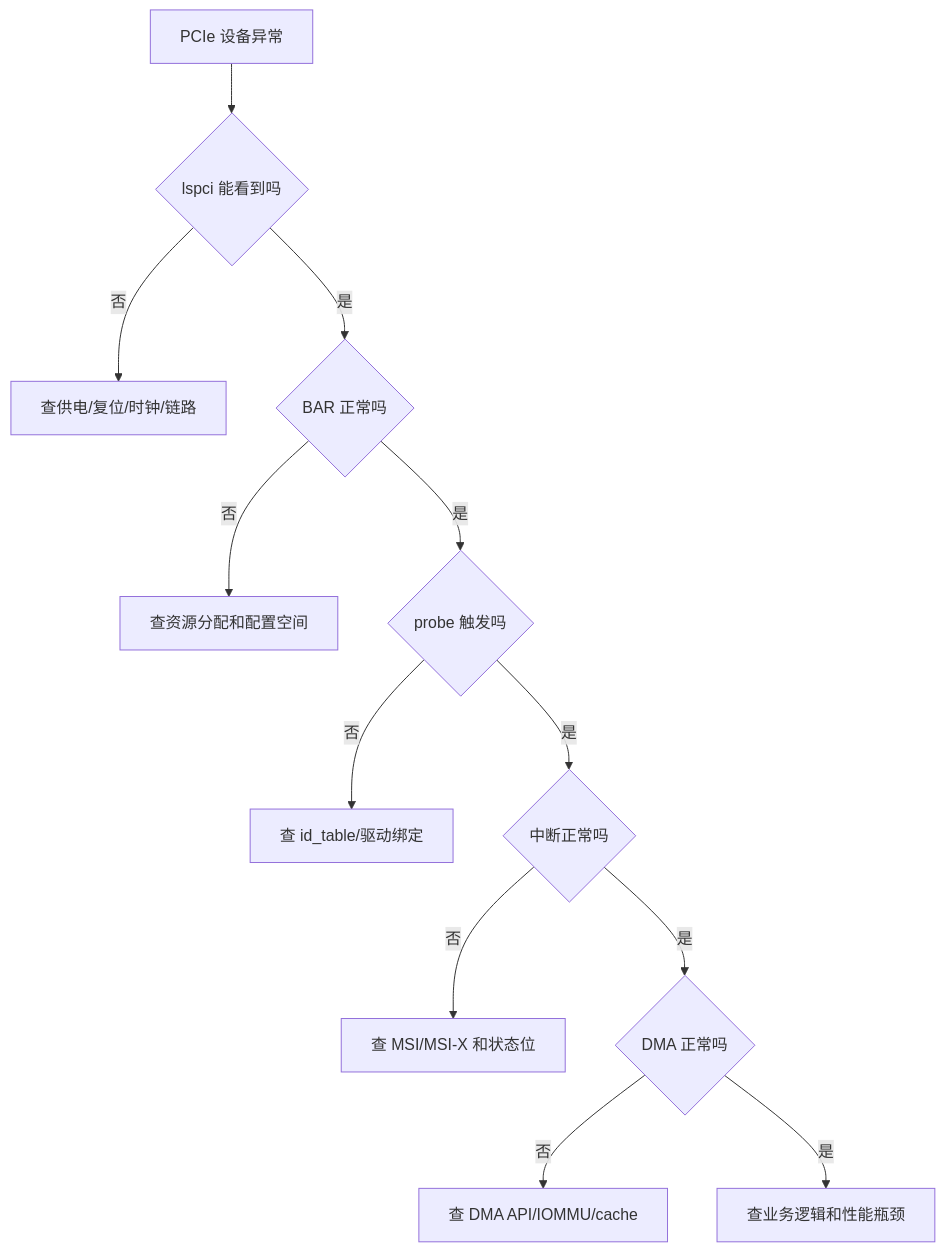
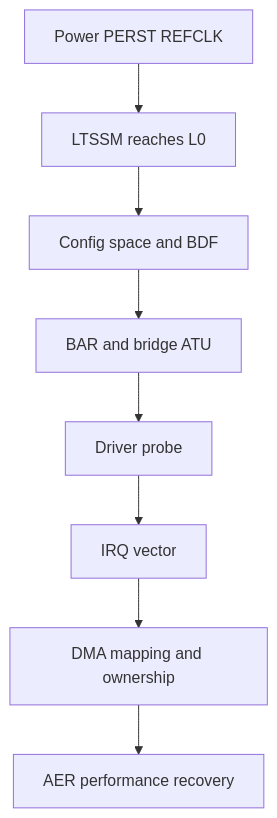
One commit to cdragon-ljl/EEandEdgeAI changed the diagram in docs/articles/pcie/pci-10-pcie-troubleshooting.md. Above: the diagram before and after it, drawn with Mermaid. The commit also changed other lines of this file and 3 other files, not shown here.

Commit message:
docs(pcie): rewrite performance debug and endpoint guides

````diff
--- a/docs/articles/pcie/pci-10-pcie-troubleshooting.md
+++ b/docs/articles/pcie/pci-10-pcie-troubleshooting.md
@@ -168,14 +90,10 @@
 ```mermaid
 flowchart TD
-    A[PCIe 设备异常] --> B{lspci 能看到吗}
-    B -- 否 --> C[查供电/复位/时钟/链路]
-    B -- 是 --> D{BAR 正常吗}
-    D -- 否 --> E[查资源分配和配置空间]
-    D -- 是 --> F{probe 触发吗}
-    F -- 否 --> G[查 id_table/驱动绑定]
-    F -- 是 --> H{中断正常吗}
-    H -- 否 --> I[查 MSI/MSI-X 和状态位]
-    H -- 是 --> J{DMA 正常吗}
-    J -- 否 --> K[查 DMA API/IOMMU/cache]
-    J -- 是 --> L[查业务逻辑和性能瓶颈]
+    P[Power PERST REFCLK] --> L[LTSSM reaches L0]
+    L --> C[Config space and BDF]
+    C --> B[BAR and bridge ATU]
+    B --> D[Driver probe]
+    D --> I[IRQ vector]
+    I --> M[DMA mapping and ownership]
+    M --> A[AER performance recovery]
 ```
````
